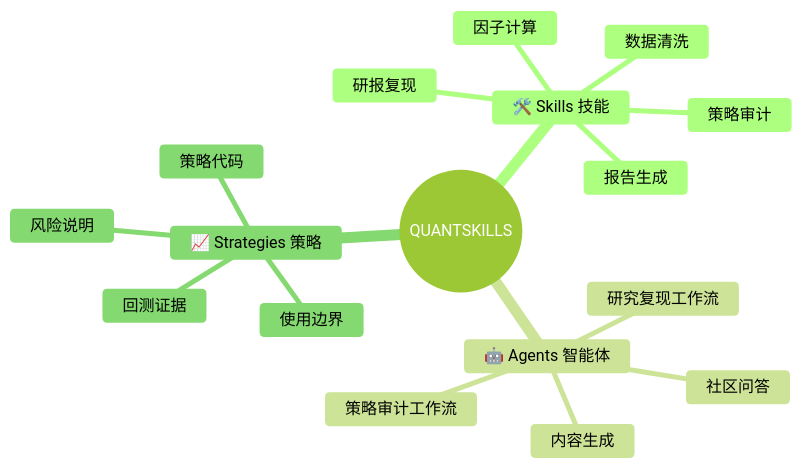
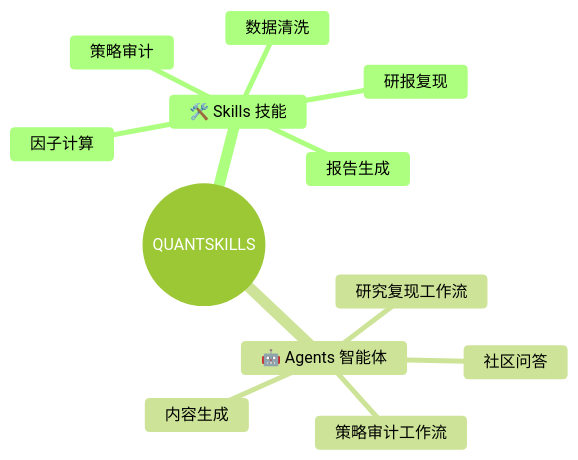
One commit to quantskills/.github changed the first of 5 diagrams in profile/README.md. Above: the diagram before and after it, drawn with Mermaid (forest theme). The commit also changed other lines of this file, not shown here.

````diff
--- a/profile/README.md
+++ b/profile/README.md
@@ -35,20 +35,15 @@
 ```mermaid
 mindmap
   root((QUANTSKILLS))
     🛠️ Skills 技能
       因子计算
       数据清洗
       策略审计
       研报复现
       报告生成
     🤖 Agents 智能体
       研究复现工作流
       策略审计工作流
       内容生成
       社区问答
-    📈 Strategies 策略
-      策略代码
-      回测证据
-      风险说明
-      使用边界
 ```
````
